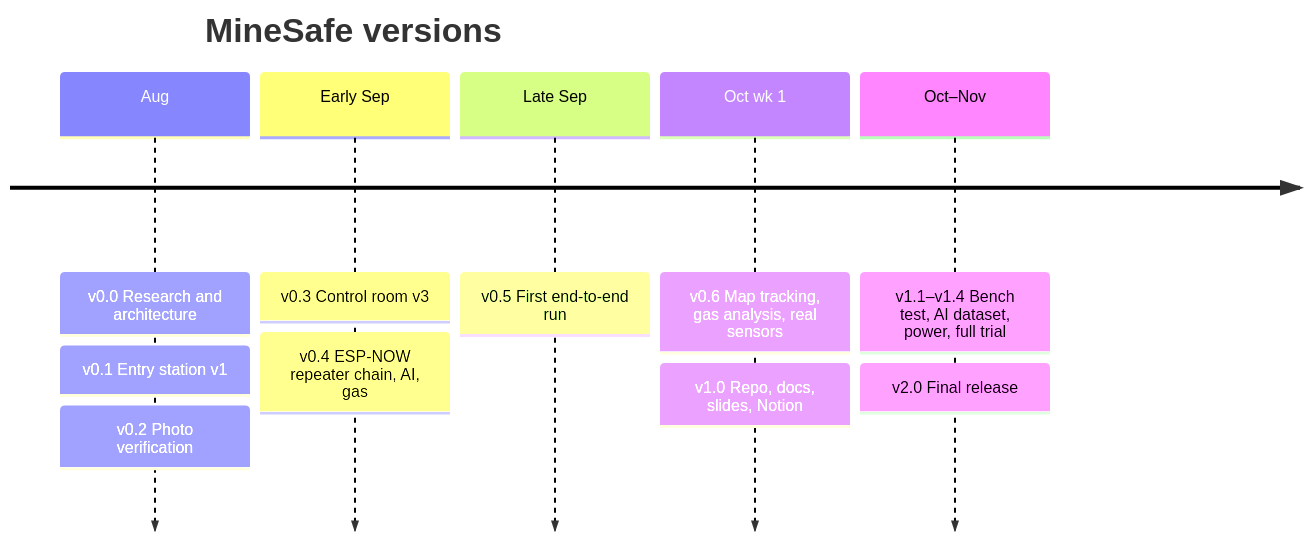
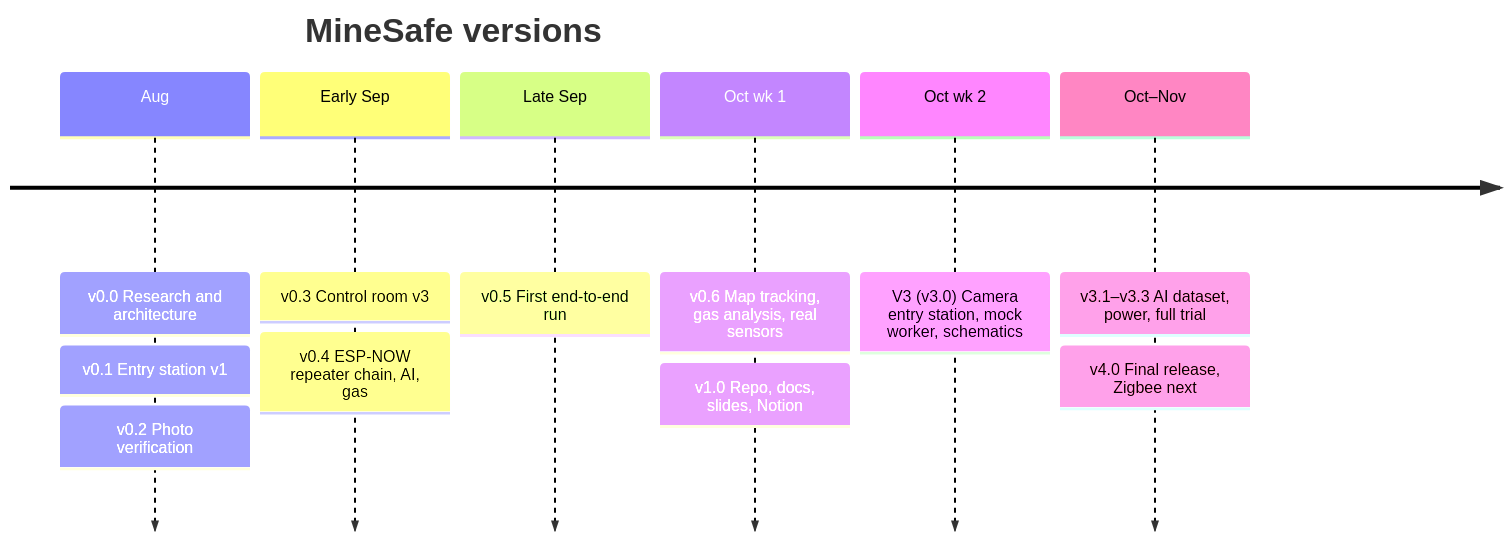
One commit to Manas-36/MINESAFE changed the second of 2 diagrams in ROADMAP.md. Above: the diagram before and after it, drawn with Mermaid. The commit also changed other lines of this file and 4 other files, not shown here.

````diff
--- a/ROADMAP.md
+++ b/ROADMAP.md
@@ -236,9 +236,10 @@
 ```mermaid
 timeline
     title MineSafe versions
     Aug : v0.0 Research and architecture : v0.1 Entry station v1 : v0.2 Photo verification
     Early Sep : v0.3 Control room v3 : v0.4 ESP-NOW repeater chain, AI, gas
     Late Sep : v0.5 First end-to-end run
     Oct wk 1 : v0.6 Map tracking, gas analysis, real sensors : v1.0 Repo, docs, slides, Notion
-    Oct–Nov : v1.1–v1.4 Bench test, AI dataset, power, full trial : v2.0 Final release
+    Oct wk 2 : V3 (v3.0) Camera entry station, mock worker, schematics
+    Oct–Nov : v3.1–v3.3 AI dataset, power, full trial : v4.0 Final release, Zigbee next
 ```
````
